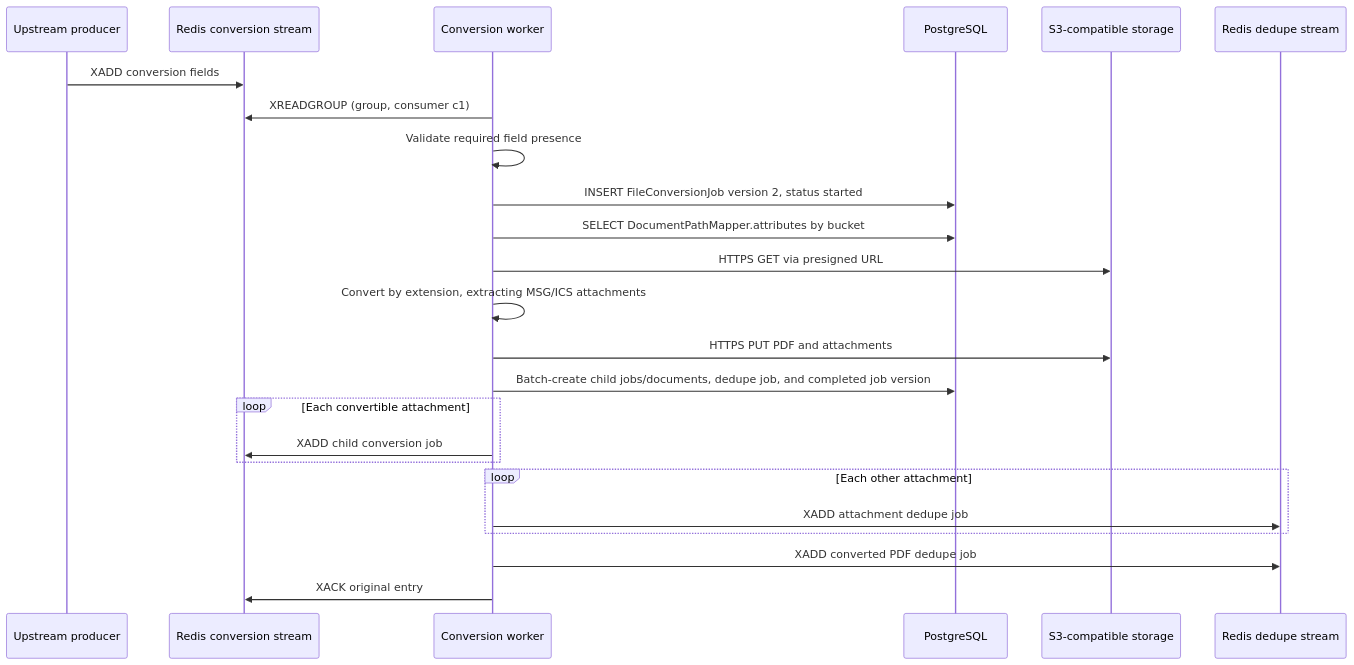
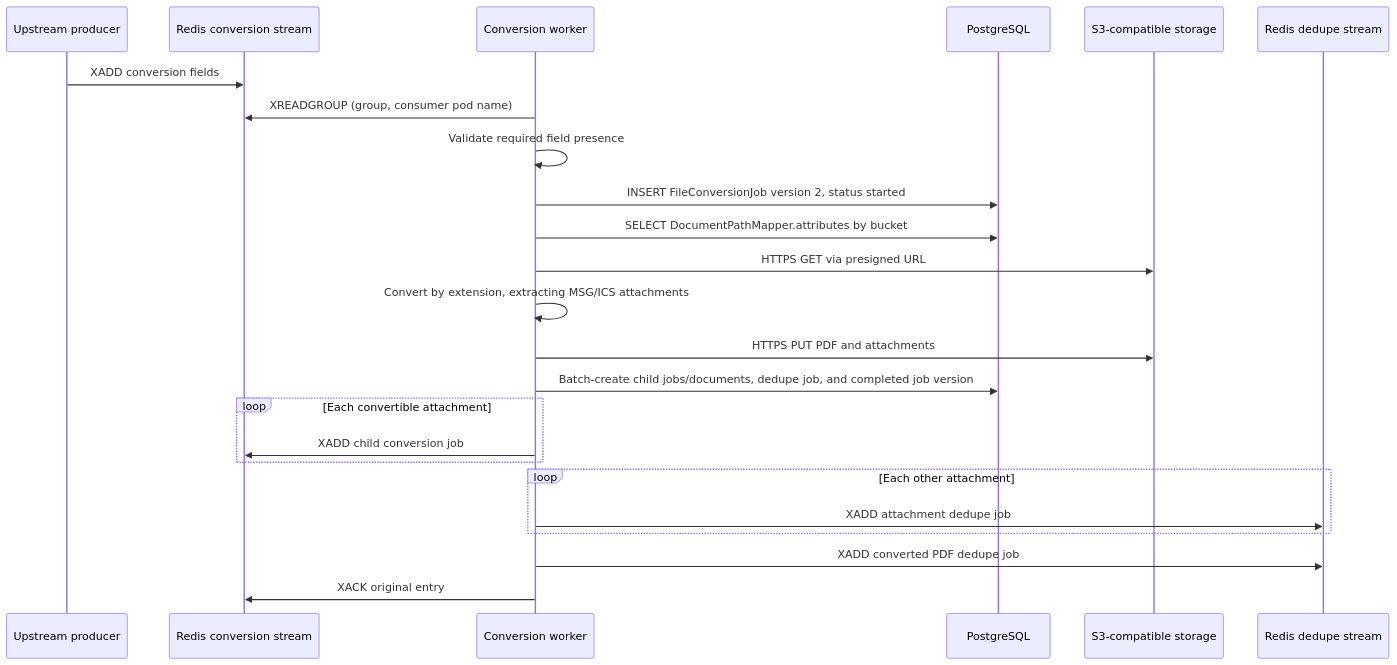
One commit to bcgov/foi-docreviewer changed the second of 2 diagrams in MCS.FOI.S3FileConversion/README.md. Above: the diagram before and after it, drawn with Mermaid. The commit also changed other lines of this file and 2 other files, not shown here.

First line of the commit message:
fix(file-conversion): use pod identity for Redis consumers

````diff
--- a/MCS.FOI.S3FileConversion/README.md
+++ b/MCS.FOI.S3FileConversion/README.md
@@ -298,27 +298,27 @@
 ```mermaid
 sequenceDiagram
     participant U as Upstream producer
     participant R as Redis conversion stream
     participant W as Conversion worker
     participant DB as PostgreSQL
     participant S3 as S3-compatible storage
     participant D as Redis dedupe stream
 
     U->>R: XADD conversion fields
-    W->>R: XREADGROUP (group, consumer c1)
+    W->>R: XREADGROUP (group, consumer pod name)
     W->>W: Validate required field presence
     W->>DB: INSERT FileConversionJob version 2, status started
     W->>DB: SELECT DocumentPathMapper.attributes by bucket
     W->>S3: HTTPS GET via presigned URL
     W->>W: Convert by extension, extracting MSG/ICS attachments
     W->>S3: HTTPS PUT PDF and attachments
     W->>DB: Batch-create child jobs/documents, dedupe job, and completed job version
     loop Each convertible attachment
         W->>R: XADD child conversion job
     end
     loop Each other attachment
         W->>D: XADD attachment dedupe job
     end
     W->>D: XADD converted PDF dedupe job
     W->>R: XACK original entry
 ```
````
